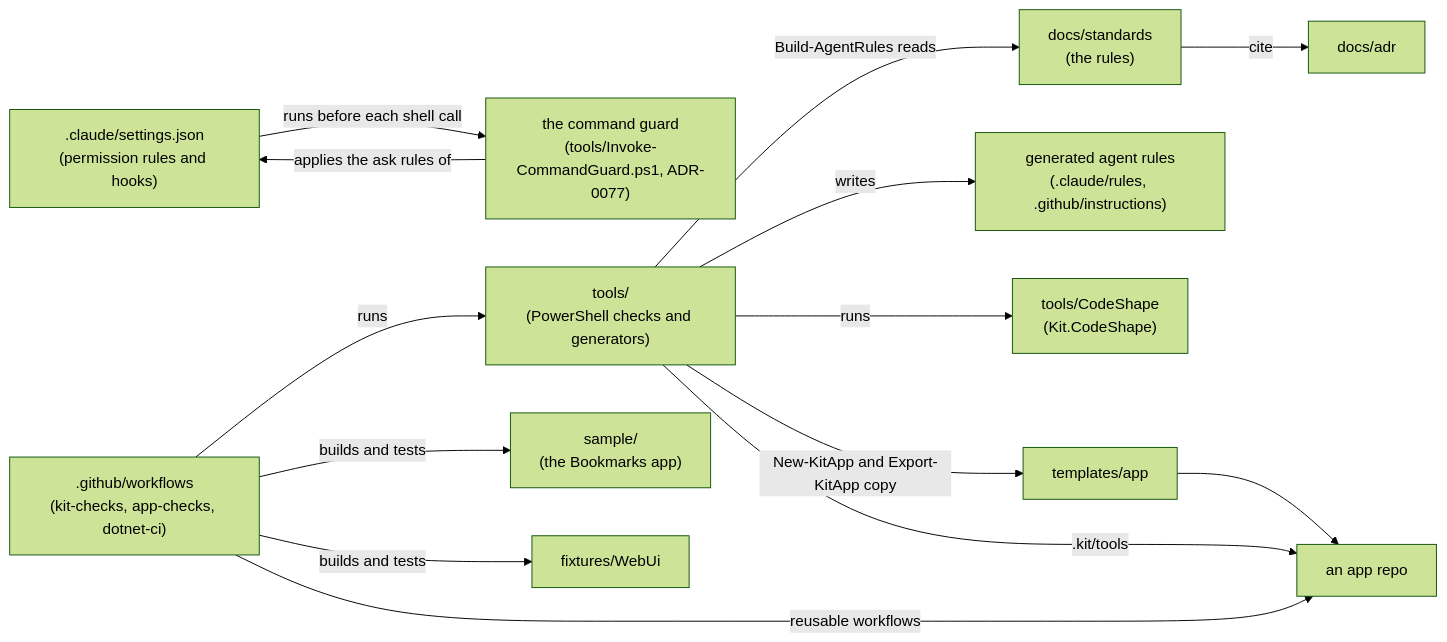
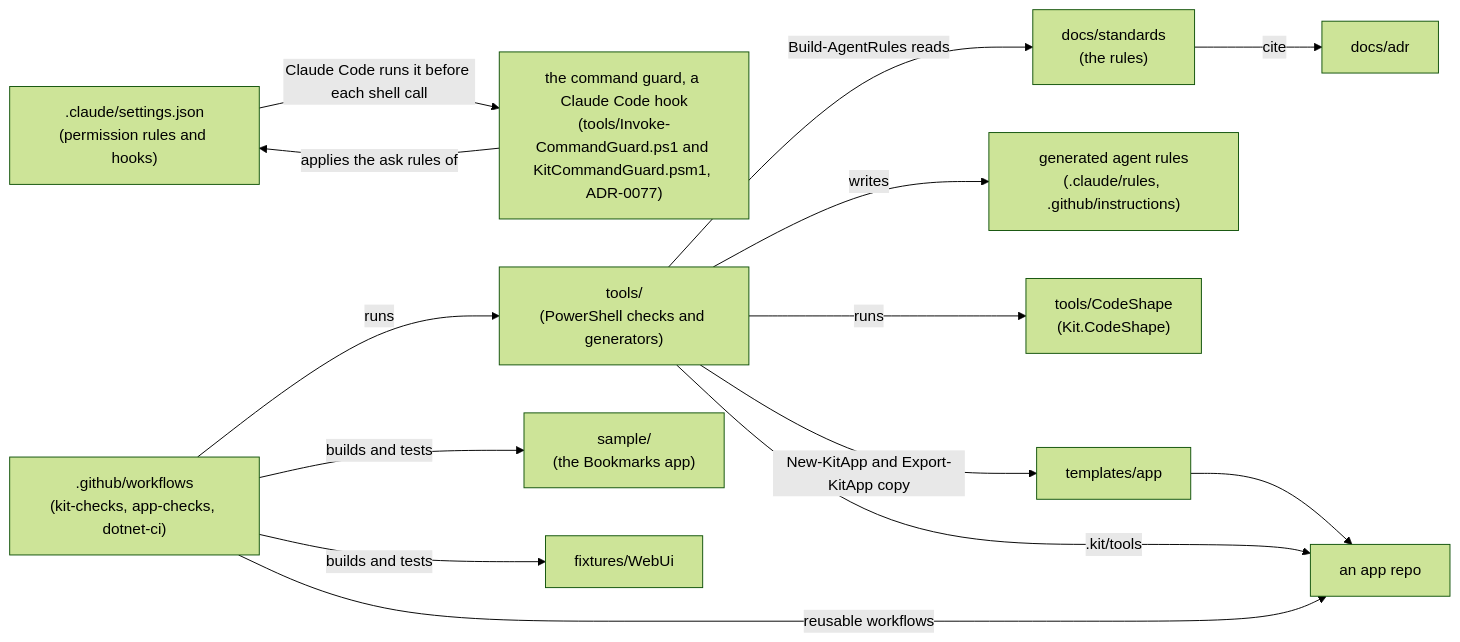
One commit to DerekFoulk/dotnet-agent-kit changed the first of 2 diagrams in docs/architecture/modules.md. Above: the diagram before and after it, drawn with Mermaid (forest theme). The commit also changed 7 other files, not shown here.

````diff
--- a/docs/architecture/modules.md
+++ b/docs/architecture/modules.md
@@ -7,29 +7,29 @@
 ```mermaid
 flowchart LR
     standards["docs/standards<br/>(the rules)"]
     adr["docs/adr"]
     rules["generated agent rules<br/>(.claude/rules, .github/instructions)"]
     tools["tools/<br/>(PowerShell checks and generators)"]
     codeshape["tools/CodeShape<br/>(Kit.CodeShape)"]
     settings[".claude/settings.json<br/>(permission rules and hooks)"]
-    guard["the command guard<br/>(tools/Invoke-CommandGuard.ps1, ADR-0077)"]
+    guard["the command guard, a Claude Code hook<br/>(tools/Invoke-CommandGuard.ps1 and KitCommandGuard.psm1, ADR-0077)"]
     ci[".github/workflows<br/>(kit-checks, app-checks, dotnet-ci)"]
     templates["templates/app"]
     sample["sample/<br/>(the Bookmarks app)"]
     webui["fixtures/WebUi"]
     apps["an app repo"]
 
     standards -->|cite| adr
     tools -->|Build-AgentRules reads| standards
     tools -->|writes| rules
     tools -->|runs| codeshape
-    settings -->|runs before each shell call| guard
+    settings -->|Claude Code runs it before each shell call| guard
     guard -->|applies the ask rules of| settings
     ci -->|runs| tools
     ci -->|builds and tests| sample
     ci -->|builds and tests| webui
     tools -->|New-KitApp and Export-KitApp copy| templates
     templates --> apps
     tools -->|.kit/tools| apps
     ci -->|reusable workflows| apps
 ```
````
